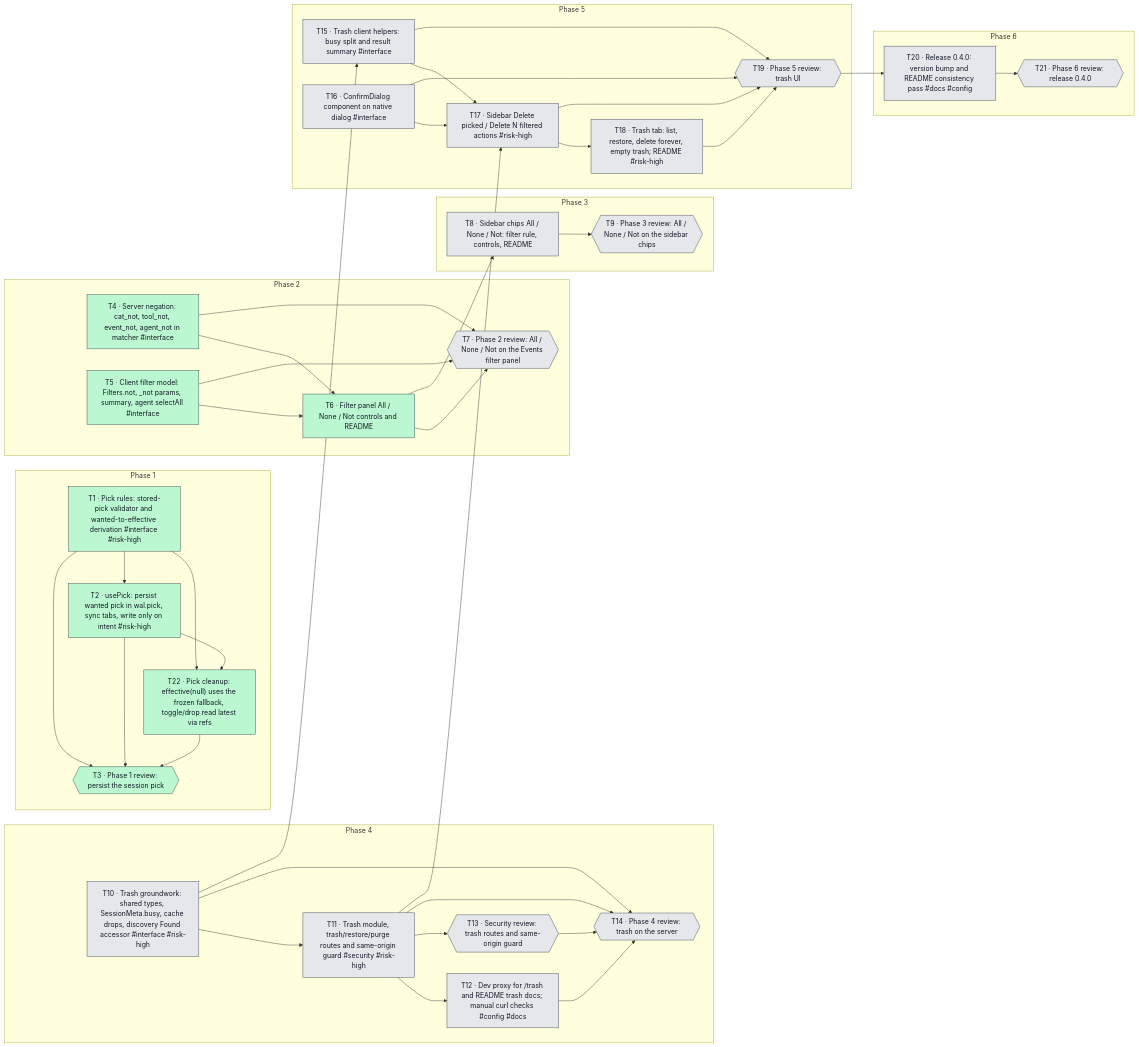
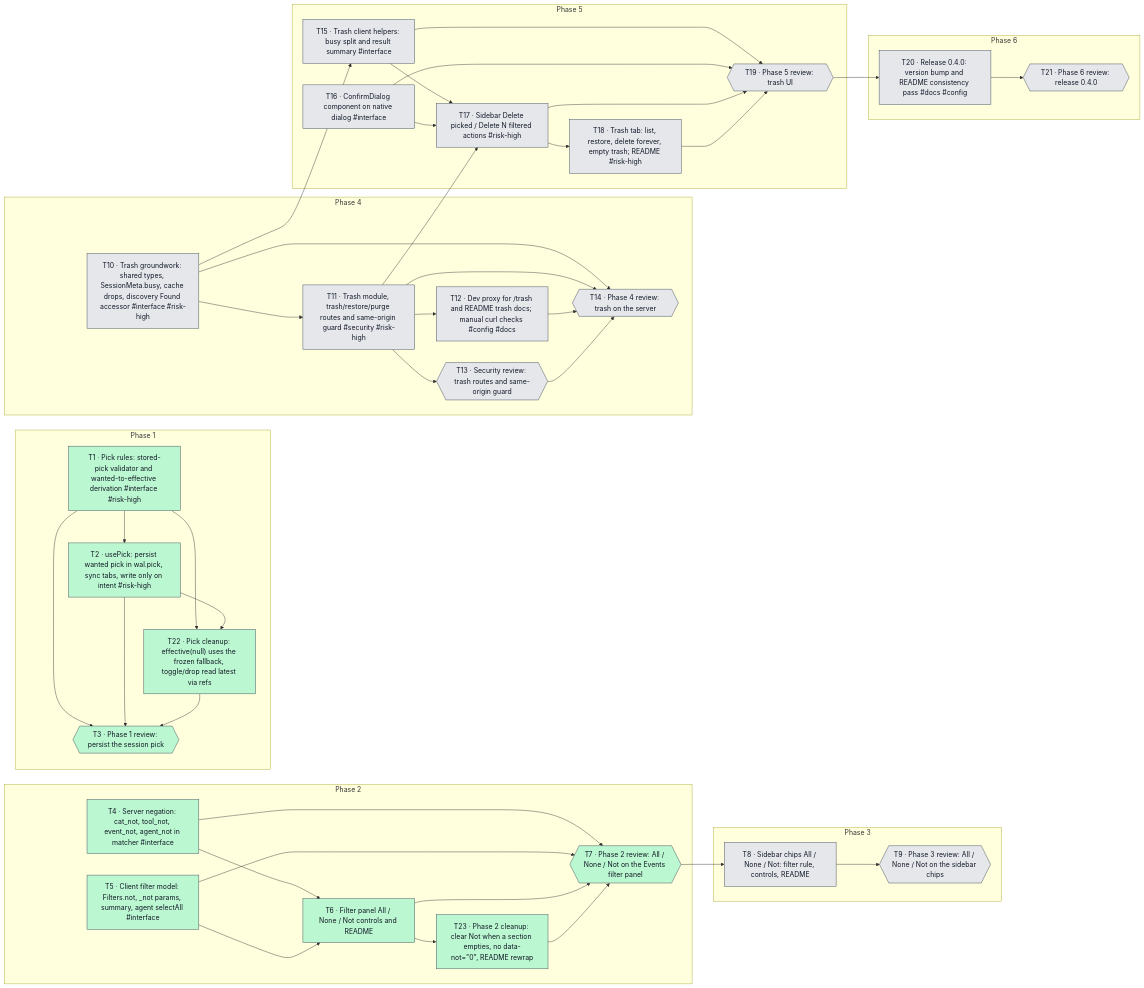
The diagram in .ai/changes/wal-observer-pick-persist-trash-filter-negation/graph.mmd (raqs31/claude-wal-session-viewer), drawn with Mermaid before and after one commit. The commit also changed 21 other files, not shown here.

```diff
--- a/.ai/changes/wal-observer-pick-persist-trash-filter-negation/graph.mmd
+++ b/.ai/changes/wal-observer-pick-persist-trash-filter-negation/graph.mmd
@@ -1,95 +1,99 @@
 flowchart LR
   classDef todo fill:#e5e7eb,stroke:#374151,color:#111827
   classDef in_progress fill:#bfdbfe,stroke:#374151,color:#111827
   classDef review fill:#ddd6fe,stroke:#374151,color:#111827
   classDef blocked fill:#fecaca,stroke:#374151,color:#111827
   classDef user_review fill:#fde68a,stroke:#374151,color:#111827
   classDef done fill:#bbf7d0,stroke:#374151,color:#111827
   classDef declined fill:#f3f4f6,stroke:#374151,color:#111827
   subgraph phase_1["Phase 1"]
     T1["T1 · Pick rules: stored-pick validator and wanted-to-effective derivation #interface #risk-high"]
     T2["T2 · usePick: persist wanted pick in wal.pick, sync tabs, write only on intent #risk-high"]
     T3{{"T3 · Phase 1 review: persist the session pick"}}
     T22["T22 · Pick cleanup: effective(null) uses the frozen fallback, toggle/drop read latest via refs"]
   end
   subgraph phase_2["Phase 2"]
     T4["T4 · Server negation: cat_not, tool_not, event_not, agent_not in matcher #interface"]
     T5["T5 · Client filter model: Filters.not, _not params, summary, agent selectAll #interface"]
     T6["T6 · Filter panel All / None / Not controls and README"]
     T7{{"T7 · Phase 2 review: All / None / Not on the Events filter panel"}}
+    T23["T23 · Phase 2 cleanup: clear Not when a section empties, no data-not=#quot;0#quot;, README rewrap"]
   end
   subgraph phase_3["Phase 3"]
     T8["T8 · Sidebar chips All / None / Not: filter rule, controls, README"]
     T9{{"T9 · Phase 3 review: All / None / Not on the sidebar chips"}}
   end
   subgraph phase_4["Phase 4"]
     T10["T10 · Trash groundwork: shared types, SessionMeta.busy, cache drops, discovery Found accessor #interface #risk-high"]
     T11["T11 · Trash module, trash/restore/purge routes and same-origin guard #security #risk-high"]
     T12["T12 · Dev proxy for /trash and README trash docs; manual curl checks #config #docs"]
     T13{{"T13 · Security review: trash routes and same-origin guard"}}
     T14{{"T14 · Phase 4 review: trash on the server"}}
   end
   subgraph phase_5["Phase 5"]
     T15["T15 · Trash client helpers: busy split and result summary #interface"]
     T16["T16 · ConfirmDialog component on native dialog #interface"]
     T17["T17 · Sidebar Delete picked / Delete N filtered actions #risk-high"]
     T18["T18 · Trash tab: list, restore, delete forever, empty trash; README #risk-high"]
     T19{{"T19 · Phase 5 review: trash UI"}}
   end
   subgraph phase_6["Phase 6"]
     T20["T20 · Release 0.4.0: version bump and README consistency pass #docs #config"]
     T21{{"T21 · Phase 6 review: release 0.4.0"}}
   end
   T1 --> T2
   T1 --> T3
   T1 --> T22
   T2 --> T3
   T2 --> T22
   T4 --> T6
   T4 --> T7
   T5 --> T6
   T5 --> T7
   T6 --> T7
-  T6 --> T8
+  T6 --> T23
+  T7 --> T8
   T8 --> T9
   T10 --> T11
   T10 --> T14
   T10 --> T15
   T11 --> T12
   T11 --> T13
   T11 --> T14
   T11 --> T17
   T12 --> T14
   T13 --> T14
   T15 --> T17
   T15 --> T19
   T16 --> T17
   T16 --> T19
   T17 --> T18
   T17 --> T19
   T18 --> T19
   T19 --> T20
   T20 --> T21
   T22 --> T3
+  T23 --> T7
   class T1 done
   class T2 done
   class T3 done
   class T4 done
   class T5 done
   class T6 done
-  class T7 todo
+  class T7 done
   class T8 todo
   class T9 todo
   class T10 todo
   class T11 todo
   class T12 todo
   class T13 todo
   class T14 todo
   class T15 todo
   class T16 todo
   class T17 todo
   class T18 todo
   class T19 todo
   class T20 todo
   class T21 todo
   class T22 done
+  class T23 done
```
